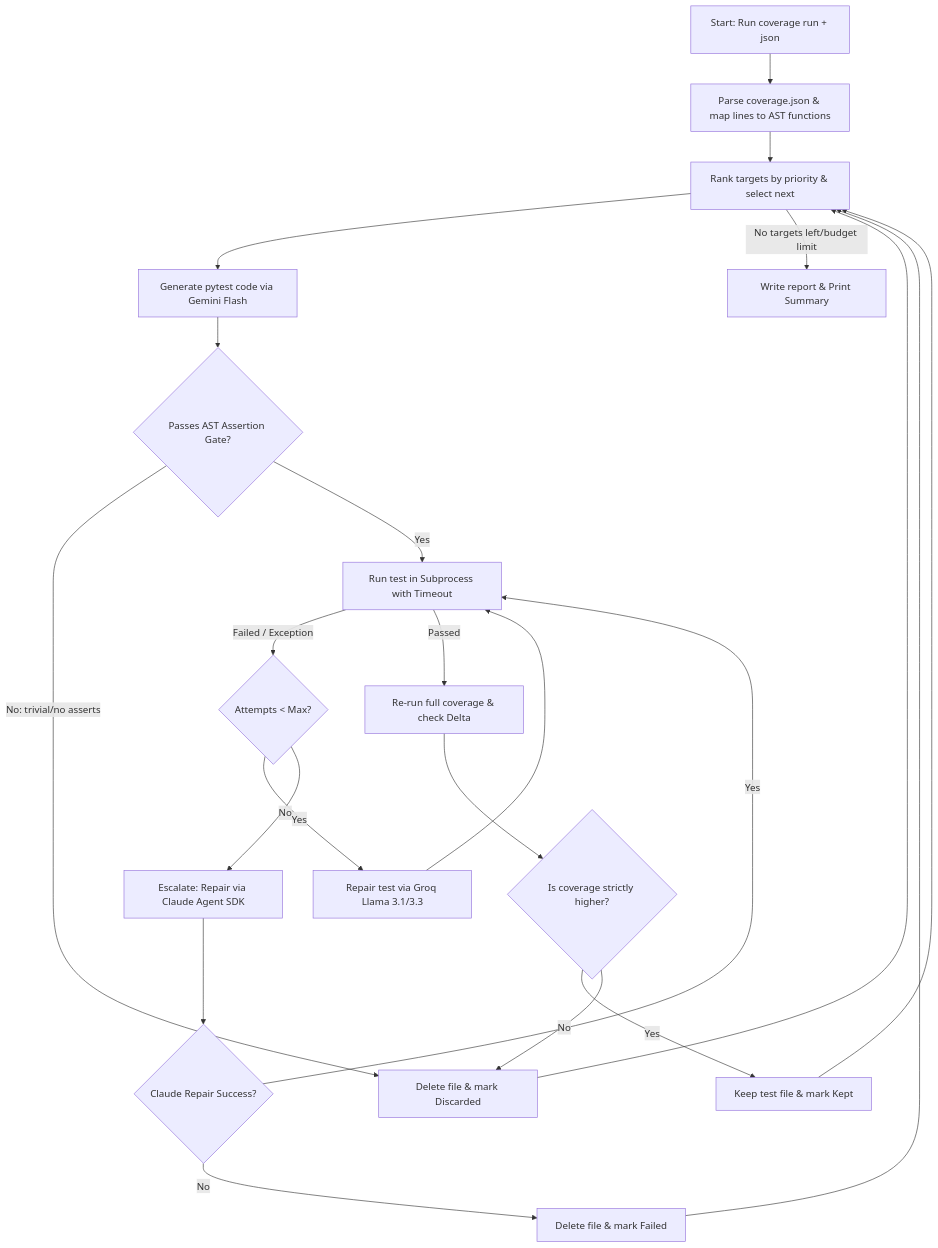
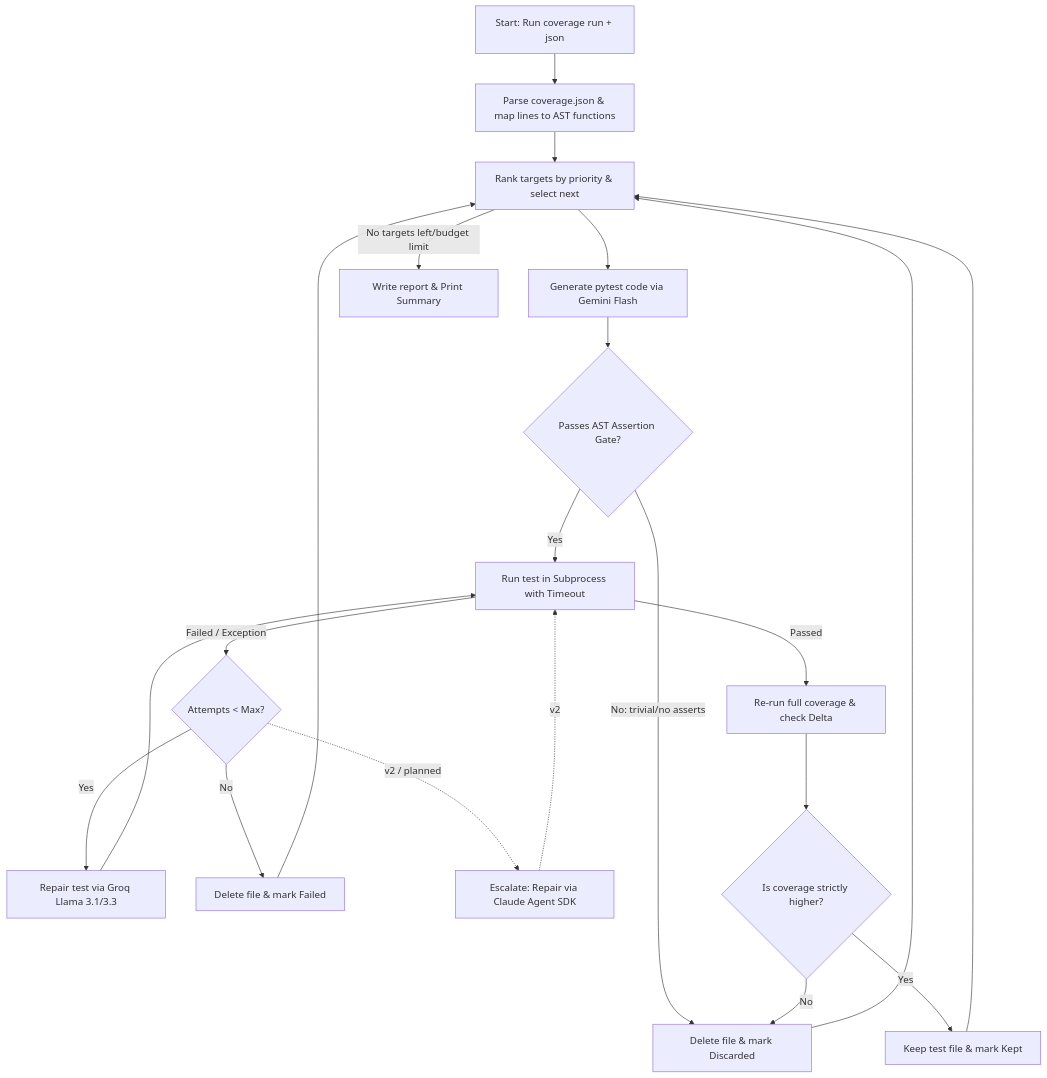
One commit to parthiv-2006/Reflecta-Ai-Agent changed the diagram in README.md. Above: the diagram before and after it, drawn with Mermaid. The commit also changed other lines of this file, not shown here.

First line of the commit message:
docs: document new run flags and scope Claude escalation as v2 in README

````diff
--- a/README.md
+++ b/README.md
@@ -18,23 +18,22 @@
 ```mermaid
 graph TD
     A[Start: Run coverage run + json] --> B[Parse coverage.json & map lines to AST functions]
     B --> C[Rank targets by priority & select next]
     C --> D[Generate pytest code via Gemini Flash]
     D --> E{Passes AST Assertion Gate?}
     E -- No: trivial/no asserts --> F[Delete file & mark Discarded]
     E -- Yes --> G[Run test in Subprocess with Timeout]
     G -- Failed / Exception --> H{Attempts < Max?}
     H -- Yes --> I[Repair test via Groq Llama 3.1/3.3] --> G
-    H -- No --> O[Escalate: Repair via Claude Agent SDK]
-    O --> P{Claude Repair Success?}
-    P -- Yes --> G
-    P -- No --> J[Delete file & mark Failed]
+    H -- No --> J[Delete file & mark Failed]
+    H -. v2 / planned .-> O[Escalate: Repair via Claude Agent SDK]
+    O -. v2 .-> G
     G -- Passed --> K[Re-run full coverage & check Delta]
     K --> L{Is coverage strictly higher?}
     L -- Yes --> M[Keep test file & mark Kept]
     L -- No --> F
     M --> C
     F --> C
     J --> C
     C -- No targets left/budget limit --> N[Write report & Print Summary]
 ```
````
